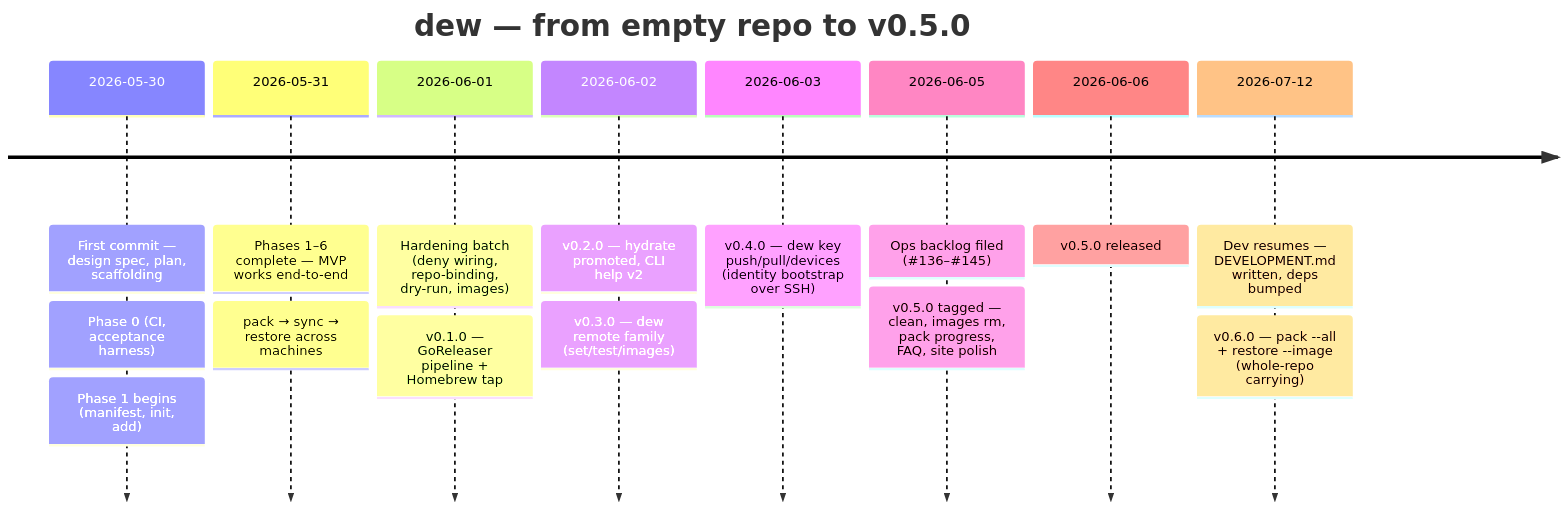
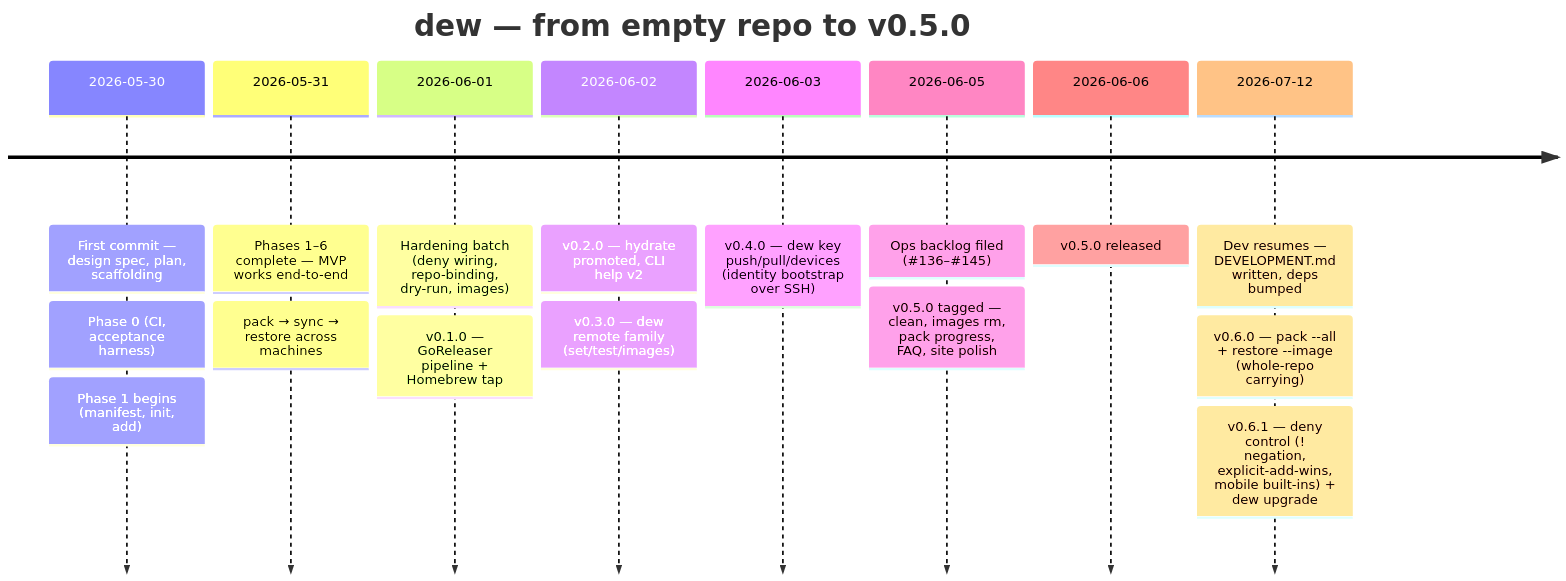
Before and after one commit to vedanta/dew: the second of 3 diagrams in docs/DEVELOPMENT.md, drawn with Mermaid. The commit also changed other lines of this file and 1 other file, not shown here.

First line of the commit message:
docs: v0.6.1 release notes (deny control + dew upgrade) (#171)

````diff
--- a/docs/DEVELOPMENT.md
+++ b/docs/DEVELOPMENT.md
@@ -127,12 +132,12 @@
 ```mermaid
 timeline
     title dew — from empty repo to v0.5.0
     2026-05-30 : First commit — design spec, plan, scaffolding : Phase 0 (CI, acceptance harness) : Phase 1 begins (manifest, init, add)
     2026-05-31 : Phases 1–6 complete — MVP works end-to-end : pack → sync → restore across machines
     2026-06-01 : Hardening batch (deny wiring, repo-binding, dry-run, images) : v0.1.0 — GoReleaser pipeline + Homebrew tap
     2026-06-02 : v0.2.0 — hydrate promoted, CLI help v2 : v0.3.0 — dew remote family (set/test/images)
     2026-06-03 : v0.4.0 — dew key push/pull/devices (identity bootstrap over SSH)
     2026-06-05 : Ops backlog filed (#136–#145) : v0.5.0 tagged — clean, images rm, pack progress, FAQ, site polish
     2026-06-06 : v0.5.0 released
-    2026-07-12 : Dev resumes — DEVELOPMENT.md written, deps bumped : v0.6.0 — pack --all + restore --image (whole-repo carrying)
+    2026-07-12 : Dev resumes — DEVELOPMENT.md written, deps bumped : v0.6.0 — pack --all + restore --image (whole-repo carrying) : v0.6.1 — deny control (! negation, explicit-add-wins, mobile built-ins) + dew upgrade
 ```
````
